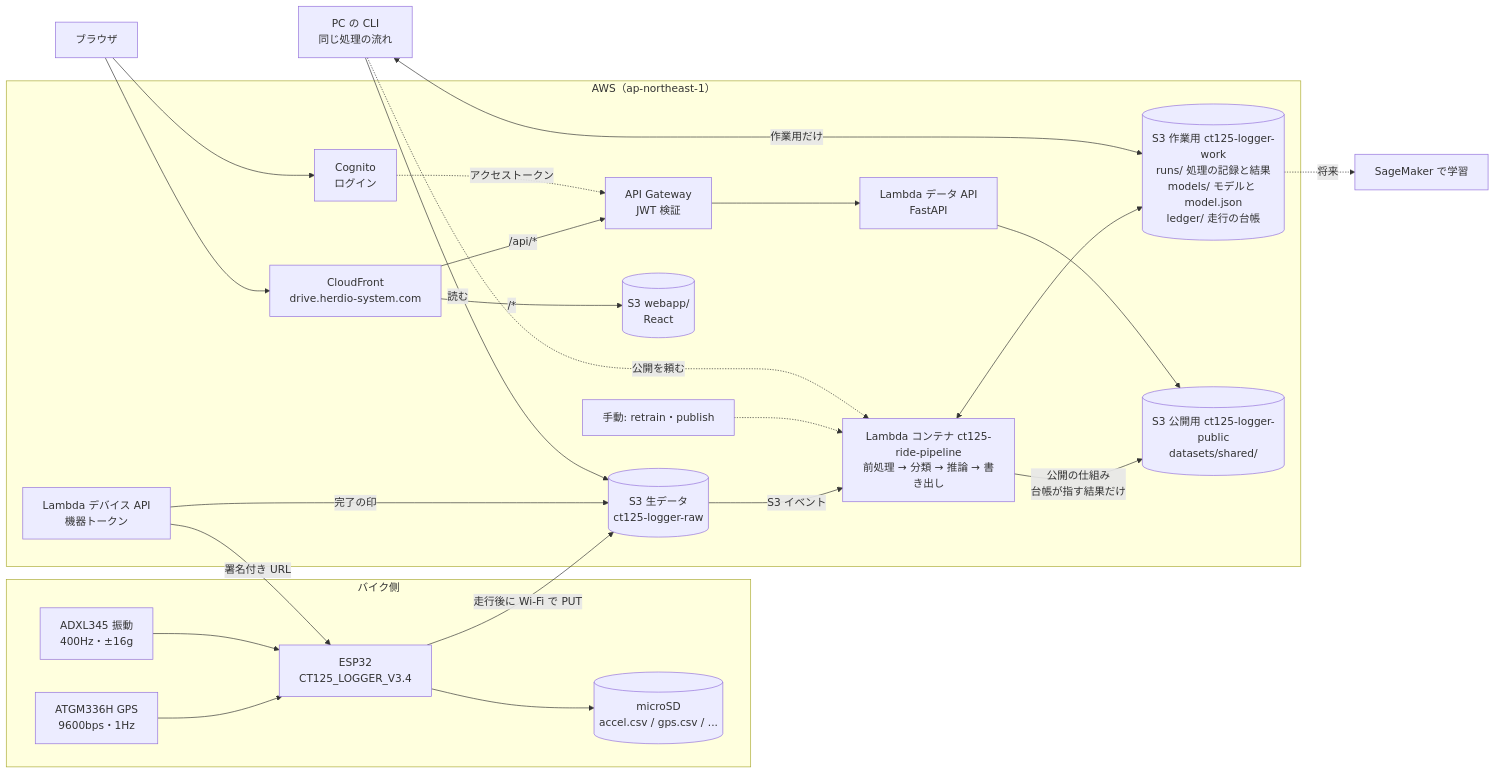
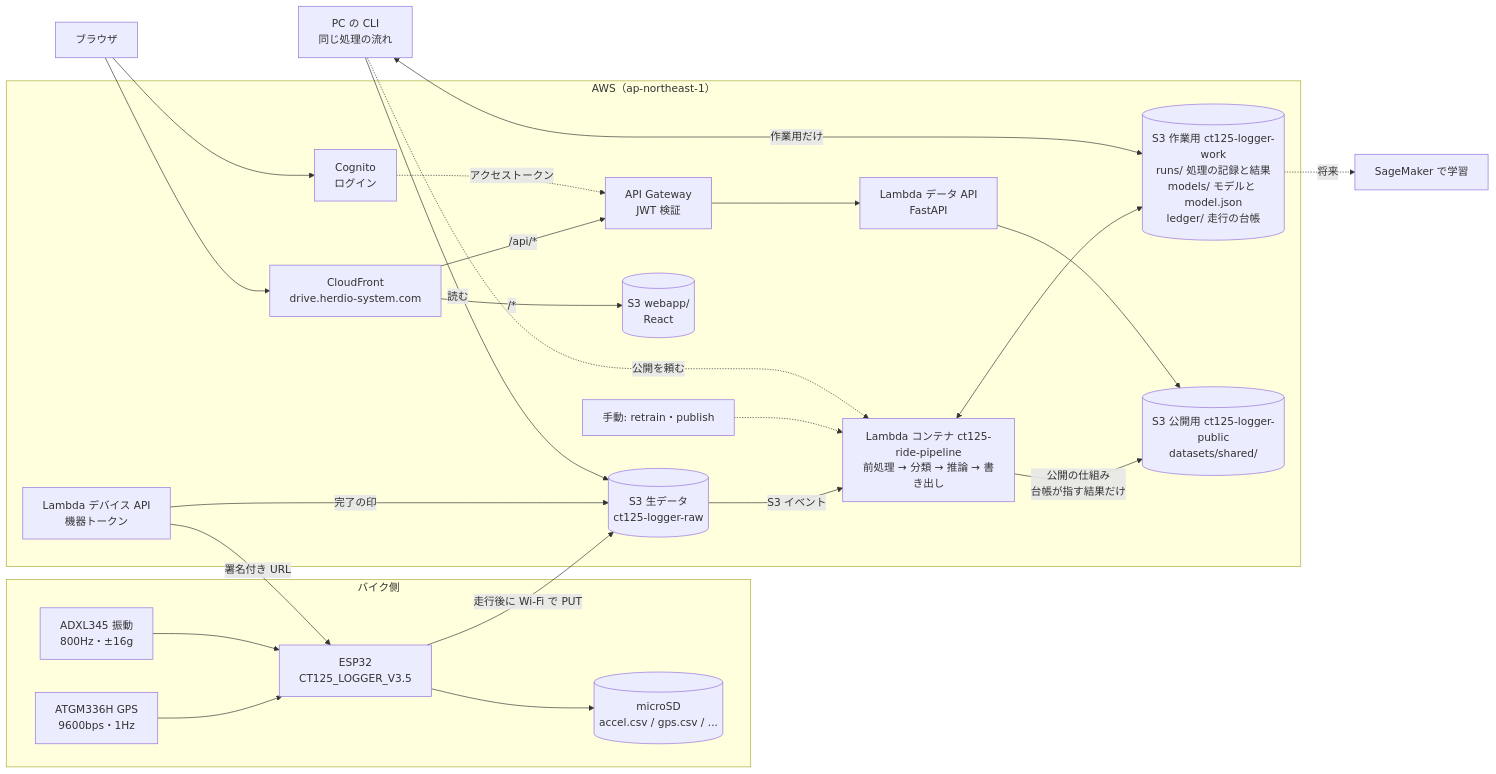
The diagram in docs/architecture.md (abeouga/drive-logger), drawn with Mermaid before and after one commit. The commit also changed other lines of this file and 9 other files, not shown here.

````diff
--- a/docs/architecture.md
+++ b/docs/architecture.md
@@ -8,29 +8,29 @@
 ```mermaid
 flowchart LR
     subgraph bike[バイク側]
-        GPS[ATGM336H GPS<br/>9600bps・1Hz] --> ESP[ESP32<br/>CT125_LOGGER_V3.4]
-        ACC[ADXL345 振動<br/>400Hz・±16g] --> ESP
+        GPS[ATGM336H GPS<br/>9600bps・1Hz] --> ESP[ESP32<br/>CT125_LOGGER_V3.5]
+        ACC[ADXL345 振動<br/>800Hz・±16g] --> ESP
         ESP --> SD[(microSD<br/>accel.csv / gps.csv / ...)]
     end
 
     subgraph cloud[AWS（ap-northeast-1）]
         DEVAPI[Lambda デバイス API<br/>機器トークン] -->|署名付き URL| ESP
         ESP -->|走行後に Wi-Fi で PUT| RAW[(S3 生データ<br/>ct125-logger-raw)]
         DEVAPI -->|完了の印| RAW
         RAW -->|S3 イベント| PIPE[Lambda コンテナ ct125-ride-pipeline<br/>前処理 → 分類 → 推論 → 書き出し]
         PIPE <--> WORK[(S3 作業用 ct125-logger-work<br/>runs/ 処理の記録と結果<br/>models/ モデルと model.json<br/>ledger/ 走行の台帳)]
         PIPE -->|公開の仕組み<br/>台帳が指す結果だけ| PUBLIC[(S3 公開用 ct125-logger-public<br/>datasets/shared/)]
         RETRAIN[手動: retrain・publish] -.-> PIPE
 
         CF[CloudFront<br/>drive.herdio-system.com] -->|/*| WEBAPP[(S3 webapp/<br/>React)]
         CF -->|/api/*| APIGW[API Gateway<br/>JWT 検証] --> DATAAPI[Lambda データ API<br/>FastAPI] --> PUBLIC
         COGNITO[Cognito<br/>ログイン] -.->|アクセストークン| APIGW
     end
 
     LOCAL[PC の CLI<br/>同じ処理の流れ] -->|読む| RAW
     LOCAL <-->|作業用だけ| WORK
     LOCAL -.->|公開を頼む| PIPE
     USER[ブラウザ] --> CF
     USER --> COGNITO
     WORK -.->|将来| SM[SageMaker で学習]
 ```
````
